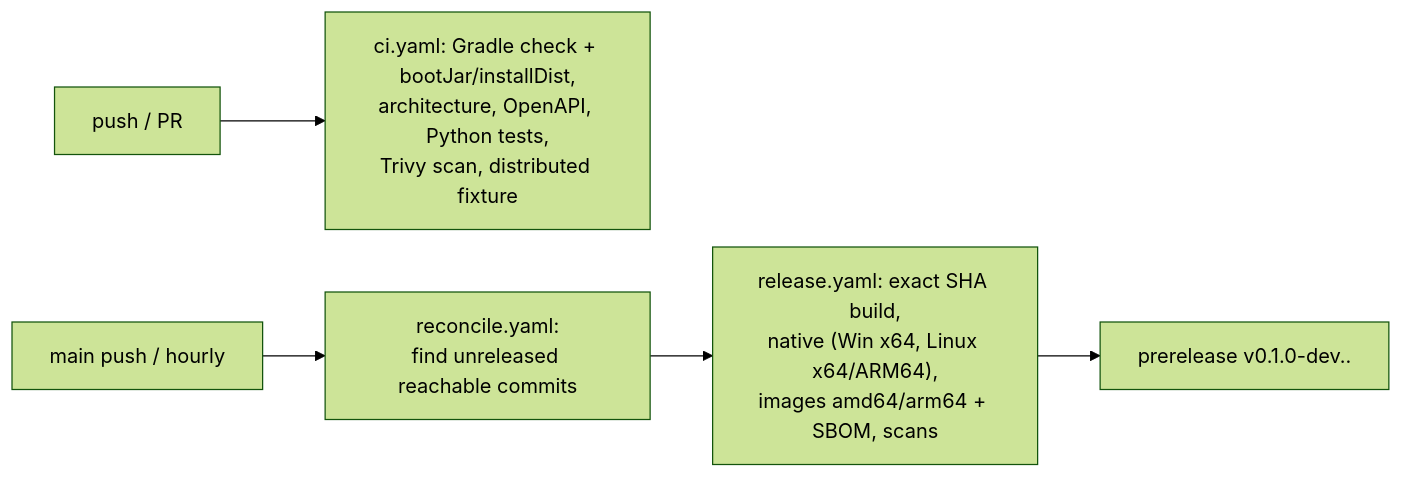
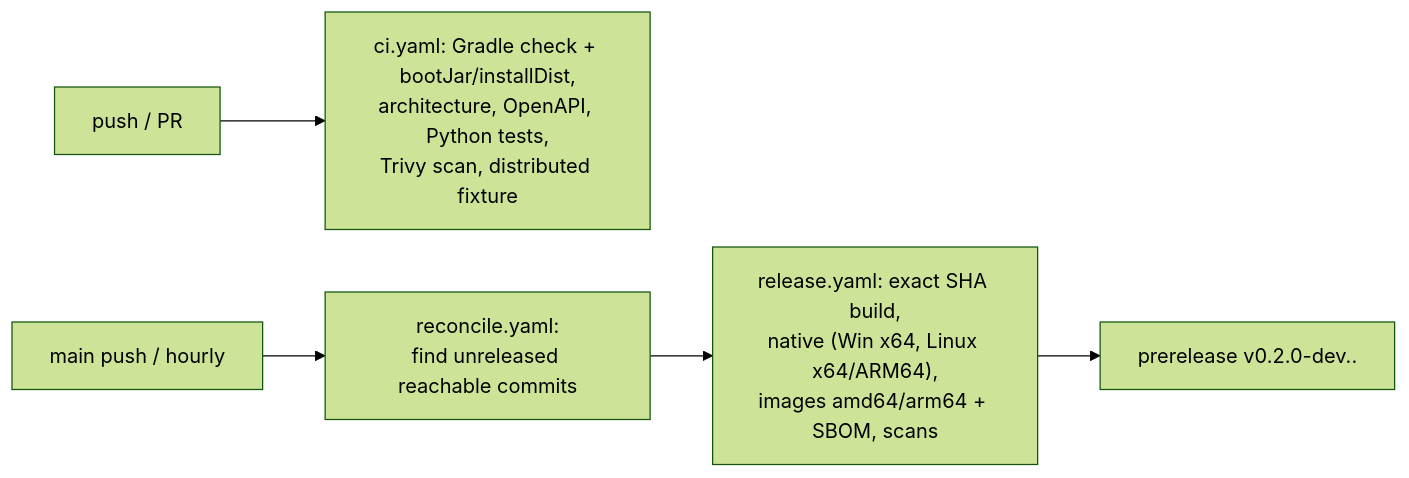
One commit to athegreat90/minecraft-modsync changed diagram 12 of 12 in docs/GUIDE.md. Above: the diagram before and after it, drawn with Mermaid (forest theme). The commit also changed other lines of this file and 91 other files, not shown here.

````diff
--- a/docs/GUIDE.md
+++ b/docs/GUIDE.md
@@ -384,7 +384,7 @@
 ```mermaid
 flowchart LR
   PR[push / PR] --> CI["ci.yaml: Gradle check + bootJar/installDist,\narchitecture, OpenAPI, Python tests,\nTrivy scan, distributed fixture"]
   main[main push / hourly] --> REC["reconcile.yaml:\nfind unreleased reachable commits"]
   REC --> REL["release.yaml: exact SHA build,\nnative (Win x64, Linux x64/ARM64),\nimages amd64/arm64 + SBOM, scans"]
-  REL --> PRE["prerelease v0.1.0-dev.<time>.<sha>"]
+  REL --> PRE["prerelease v0.2.0-dev.<time>.<sha>"]
 ```
````
